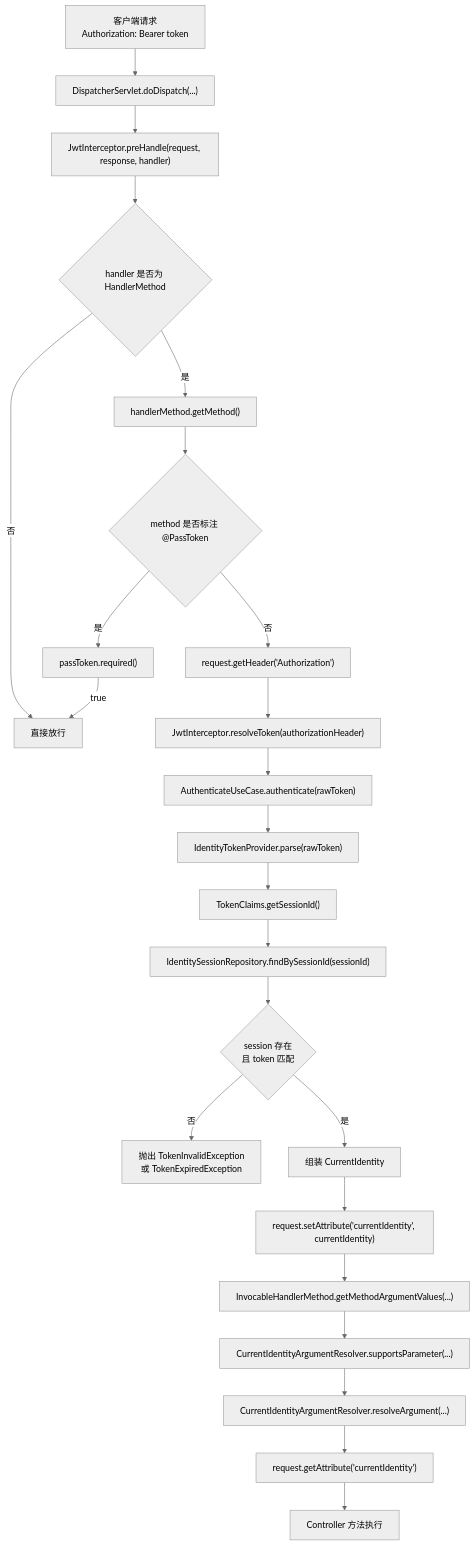
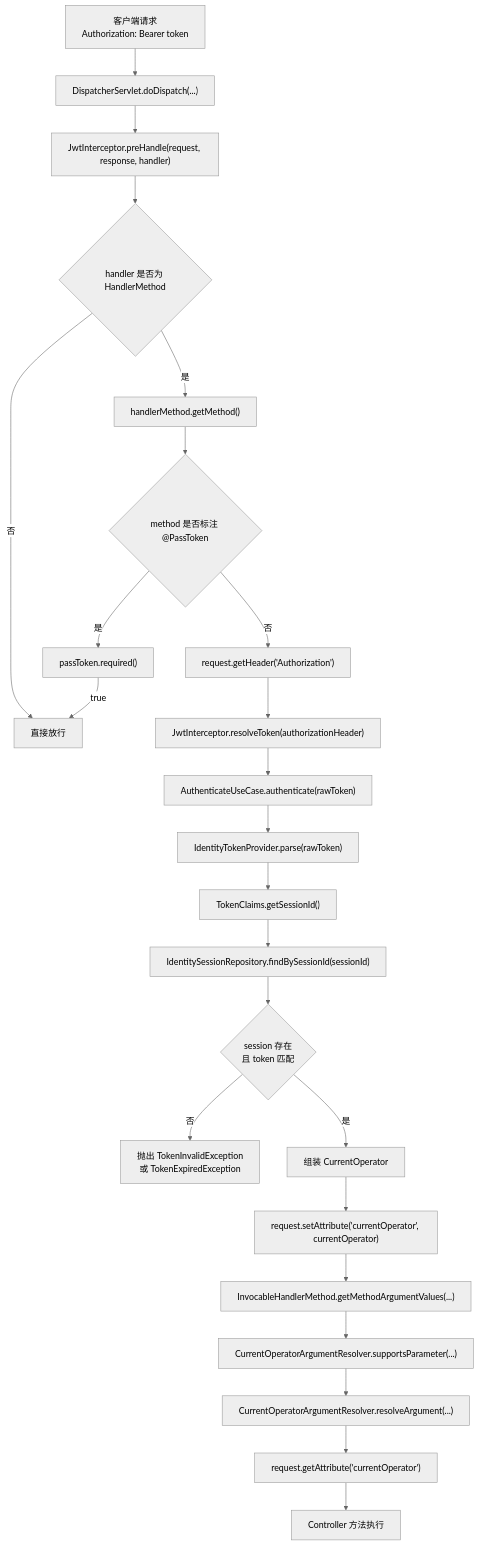
One commit to RokiLai/auth-service changed the first of 2 diagrams in docs/request-auth-chain.md. Above: the diagram before and after it, drawn with Mermaid (neutral theme). The commit also changed other lines of this file and 201 other files, not shown here.

````diff
--- a/docs/request-auth-chain.md
+++ b/docs/request-auth-chain.md
@@ -9,31 +9,31 @@
 ```mermaid
 flowchart TD
     A["客户端请求<br/>Authorization: Bearer token"] --> B["DispatcherServlet.doDispatch(...)"]
     B --> C["JwtInterceptor.preHandle(request, response, handler)"]
 
     C --> D{"handler 是否为 HandlerMethod"}
     D -- 否 --> Z["直接放行"]
     D -- 是 --> E["handlerMethod.getMethod()"]
     E --> F{"method 是否标注 @PassToken"}
 
     F -- 是 --> G["passToken.required()"]
     G -- true --> Z
     F -- 否 --> H["request.getHeader('Authorization')"]
     H --> I["JwtInterceptor.resolveToken(authorizationHeader)"]
     I --> J["AuthenticateUseCase.authenticate(rawToken)"]
 
     J --> K["IdentityTokenProvider.parse(rawToken)"]
     K --> L["TokenClaims.getSessionId()"]
     L --> M["IdentitySessionRepository.findBySessionId(sessionId)"]
     M --> N{"session 存在<br/>且 token 匹配"}
 
     N -- 否 --> O["抛出 TokenInvalidException<br/>或 TokenExpiredException"]
-    N -- 是 --> P["组装 CurrentIdentity"]
-    P --> Q["request.setAttribute('currentIdentity', currentIdentity)"]
+    N -- 是 --> P["组装 CurrentOperator"]
+    P --> Q["request.setAttribute('currentOperator', currentOperator)"]
 
     Q --> R["InvocableHandlerMethod.getMethodArgumentValues(...)"]
-    R --> S["CurrentIdentityArgumentResolver.supportsParameter(...)"]
-    S --> T["CurrentIdentityArgumentResolver.resolveArgument(...)"]
-    T --> U["request.getAttribute('currentIdentity')"]
+    R --> S["CurrentOperatorArgumentResolver.supportsParameter(...)"]
+    S --> T["CurrentOperatorArgumentResolver.resolveArgument(...)"]
+    T --> U["request.getAttribute('currentOperator')"]
     U --> V["Controller 方法执行"]
 ```
````
